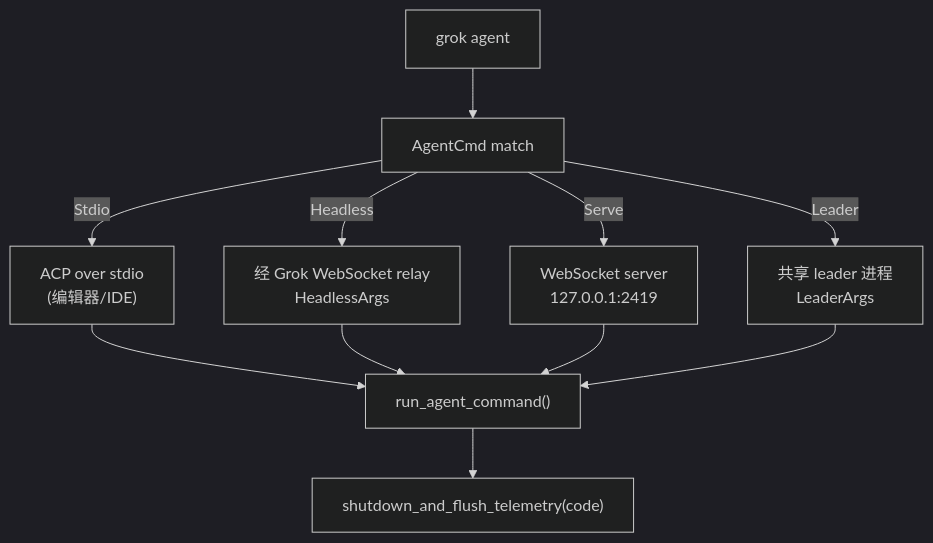
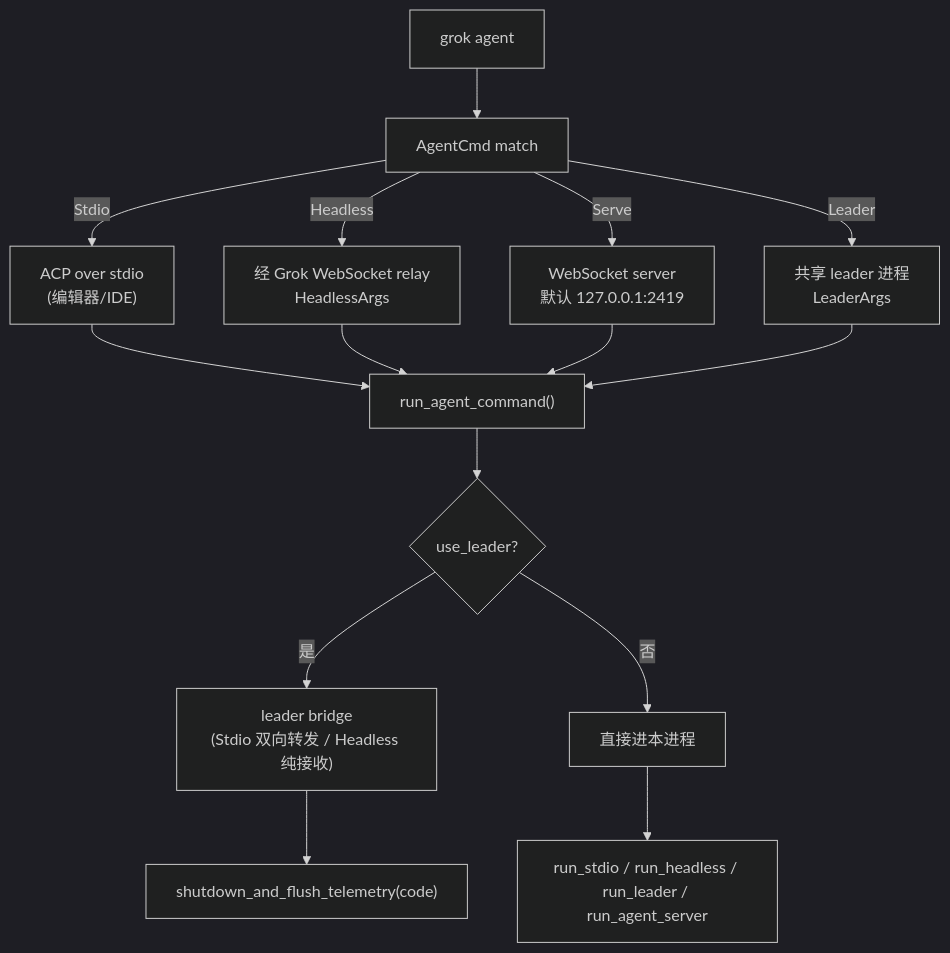
The diagram in docs/adrian/sourceReader/07-程序入口与运行模式.md (adrian9778/grok-build), drawn with Mermaid (dark theme) before and after one commit. The commit also changed other lines of this file and 18 other files, not shown here.

````diff
--- a/docs/adrian/sourceReader/07-程序入口与运行模式.md
+++ b/docs/adrian/sourceReader/07-程序入口与运行模式.md
@@ -107,13 +170,17 @@
 ```mermaid
 flowchart TD
     A["grok agent <sub>"] --> S["AgentCmd match"]
     S -->|Stdio| B["ACP over stdio<br/>(编辑器/IDE)"]
     S -->|Headless| C["经 Grok WebSocket relay<br/>HeadlessArgs"]
-    S -->|Serve| D["WebSocket server<br/>127.0.0.1:2419"]
+    S -->|Serve| D["WebSocket server<br/>默认 127.0.0.1:2419"]
     S -->|Leader| E["共享 leader 进程<br/>LeaderArgs"]
     B --> R["run_agent_command()"]
     C --> R
     D --> R
     E --> R
-    R --> F["shutdown_and_flush_telemetry(code)"]
+    R --> L{"use_leader?"}
+    L -->|是| BR["leader bridge<br/>(Stdio 双向转发 / Headless 纯接收)"]
+    L -->|否| DIRECT["直接进本进程"]
+    BR --> F["shutdown_and_flush_telemetry(code)"]
+    DIRECT --> G["run_stdio / run_headless / run_leader / run_agent_server"]
 ```
````
